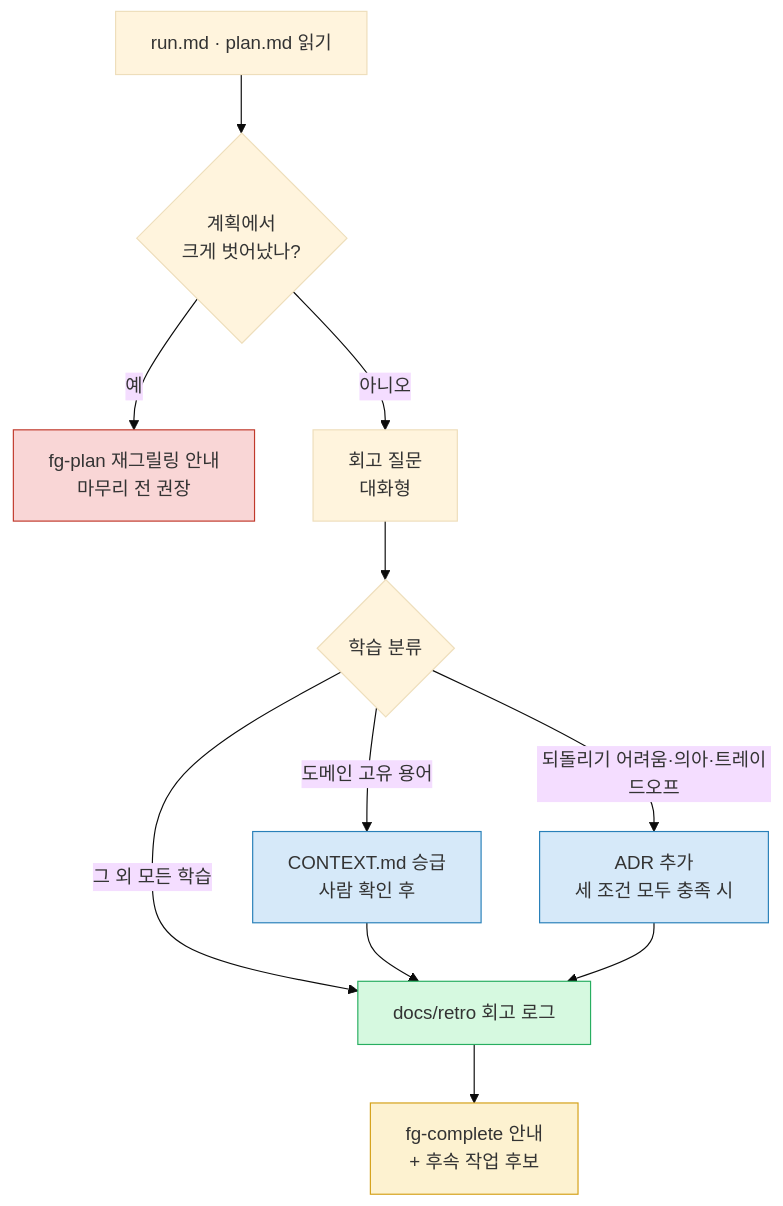
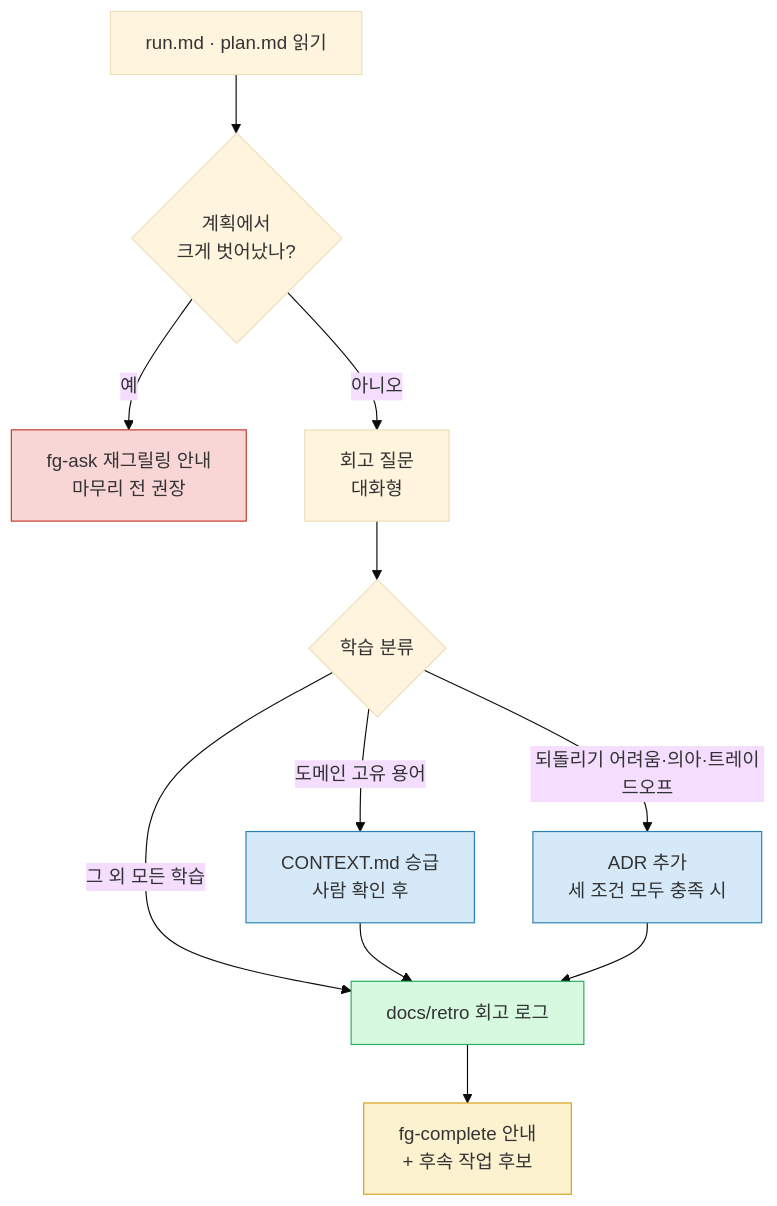
Before and after one commit to gyuha/forge: the diagram in skills/fg-learn/SKILL.md, drawn with Mermaid (base theme). The commit also changed other lines of this file and 9 other files, not shown here.

````diff
--- a/skills/fg-learn/SKILL.md
+++ b/skills/fg-learn/SKILL.md
@@ -56,19 +56,19 @@
 ```mermaid
 flowchart TD
     A[run.md · plan.md 읽기] --> B{계획에서<br/>크게 벗어났나?}
-    B -- 예 --> R[fg-plan 재그릴링 안내<br/>마무리 전 권장]
+    B -- 예 --> R[fg-ask 재그릴링 안내<br/>마무리 전 권장]
     B -- 아니오 --> C[회고 질문<br/>대화형]
     C --> D{학습 분류}
     D -- 도메인 고유 용어 --> E[CONTEXT.md 승급<br/>사람 확인 후]
     D -- 되돌리기 어려움·의아·트레이드오프 --> F[ADR 추가<br/>세 조건 모두 충족 시]
     D -- 그 외 모든 학습 --> G[docs/retro 회고 로그]
     E --> G
     F --> G
     G --> H[fg-complete 안내<br/>+ 후속 작업 후보]
 
     style R fill:#f9d6d6,stroke:#c0392b
     style E fill:#d6e9f9,stroke:#2980b9
     style F fill:#d6e9f9,stroke:#2980b9
     style G fill:#d6f9e0,stroke:#27ae60
     style H fill:#fdf2d0,stroke:#d4a017
 ```
````
